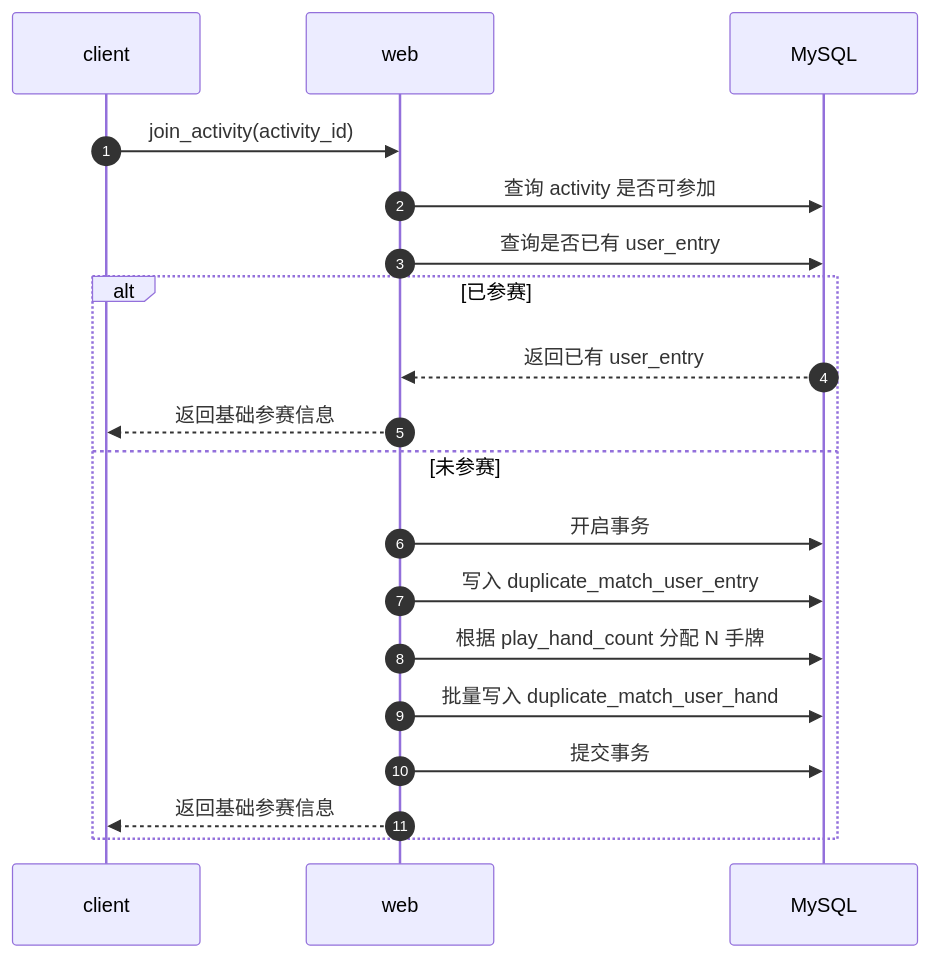
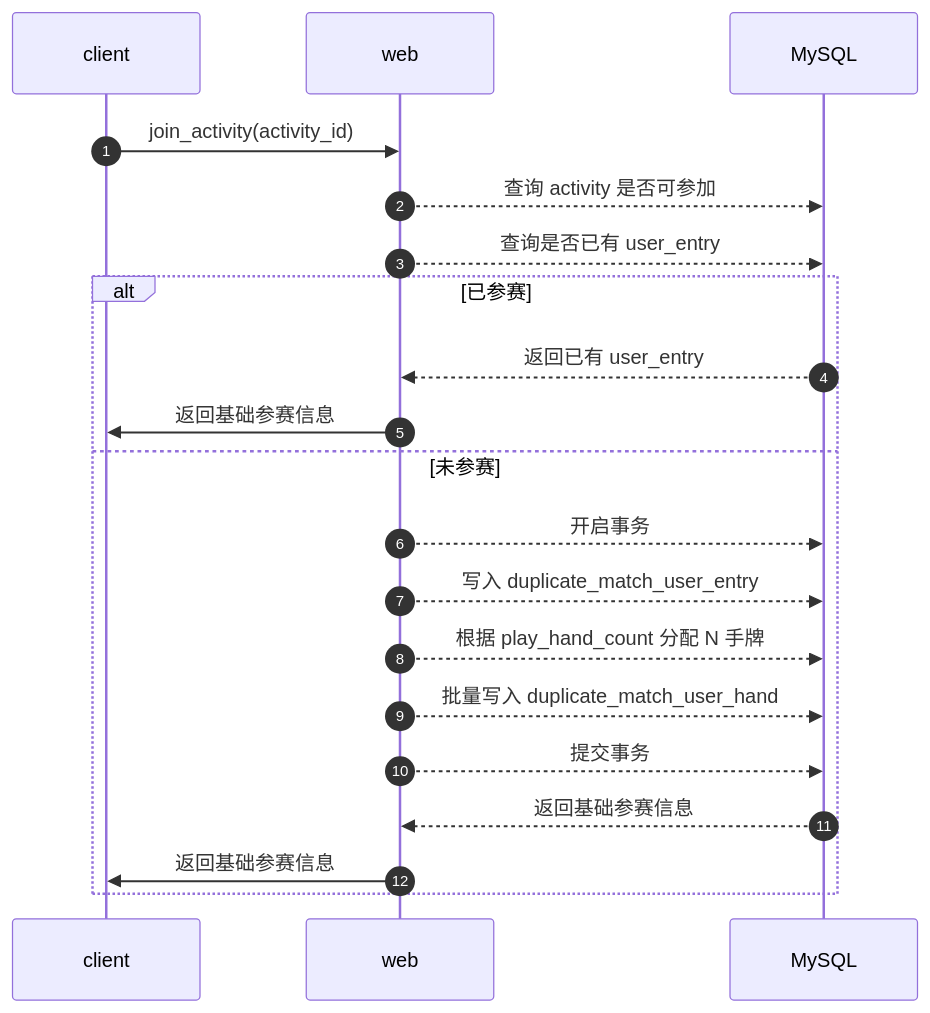
The fourth of 23 diagrams in docs/复述扑克/评审02/02-设计文档.md (zdl20251023-pixel/agent-frame), drawn with Mermaid before and after one commit. The commit also changed other lines of this file and 1 other file, not shown here.

````diff
--- a/docs/复述扑克/评审02/02-设计文档.md
+++ b/docs/复述扑克/评审02/02-设计文档.md
@@ -227,23 +244,24 @@
 ```mermaid
 sequenceDiagram
     autonumber
     participant client
     participant web
     participant MySQL
 
     client->>web: join_activity(activity_id)
-    web->>MySQL: 查询 activity 是否可参加
-    web->>MySQL: 查询是否已有 user_entry
+    web-->>MySQL: 查询 activity 是否可参加
+    web-->>MySQL: 查询是否已有 user_entry
 
     alt 已参赛
         MySQL-->>web: 返回已有 user_entry
-        web-->>client: 返回基础参赛信息
+        web->>client: 返回基础参赛信息
     else 未参赛
-        web->>MySQL: 开启事务
-        web->>MySQL: 写入 duplicate_match_user_entry
-        web->>MySQL: 根据 play_hand_count 分配 N 手牌
-        web->>MySQL: 批量写入 duplicate_match_user_hand
-        web->>MySQL: 提交事务
-        web-->>client: 返回基础参赛信息
+        web-->>MySQL: 开启事务
+        web-->>MySQL: 写入 duplicate_match_user_entry
+        web-->>MySQL: 根据 play_hand_count 分配 N 手牌
+        web-->>MySQL: 批量写入 duplicate_match_user_hand
+        web-->>MySQL: 提交事务
+        MySQL-->>web: 返回基础参赛信息
+        web->>client: 返回基础参赛信息
     end
 ```
````
